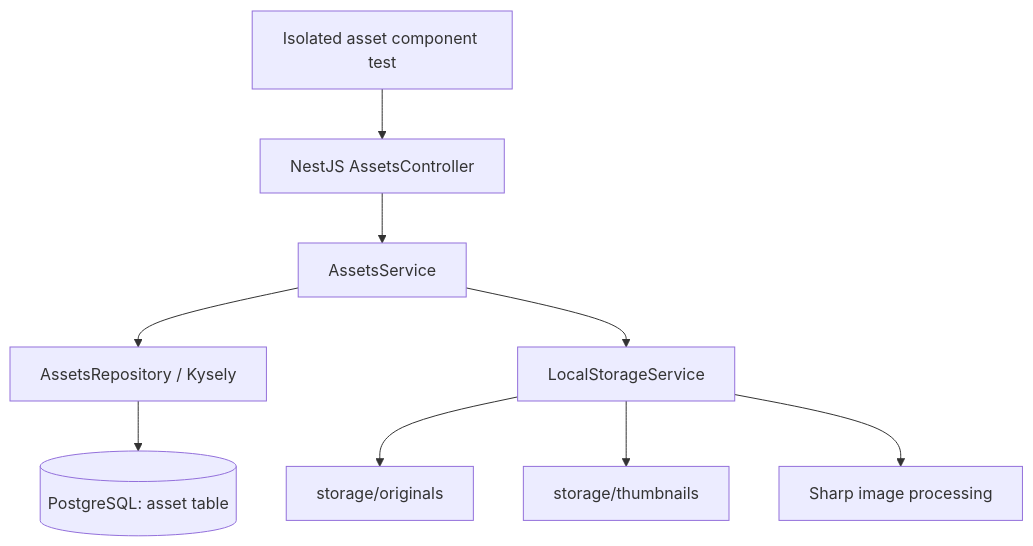
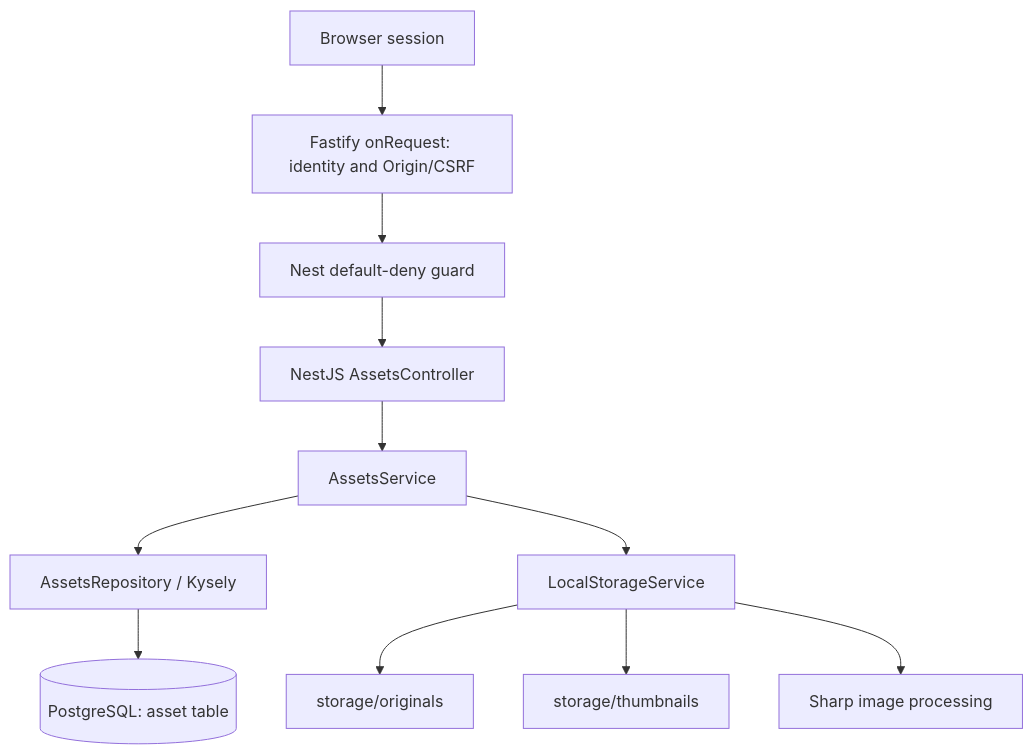
The diagram in docs/architecture.md (saefr-app/saefr-photos), drawn with Mermaid before and after one commit. The commit also changed other lines of this file and 16 other files, not shown here.

````diff
--- a/docs/architecture.md
+++ b/docs/architecture.md
@@ -26,11 +28,13 @@
 ```mermaid
 flowchart TD
-  Client[Isolated asset component test] --> Controller[NestJS AssetsController]
+  Client[Browser session] --> Gate[Fastify onRequest: identity and Origin/CSRF]
+  Gate --> Guard[Nest default-deny guard]
+  Guard --> Controller[NestJS AssetsController]
   Controller --> Service[AssetsService]
   Service --> Repo[AssetsRepository / Kysely]
   Repo --> DB[(PostgreSQL: asset table)]
   Service --> Storage[LocalStorageService]
   Storage --> Originals[storage/originals]
   Storage --> Thumbs[storage/thumbnails]
   Storage --> Sharp[Sharp image processing]
 ```
````
